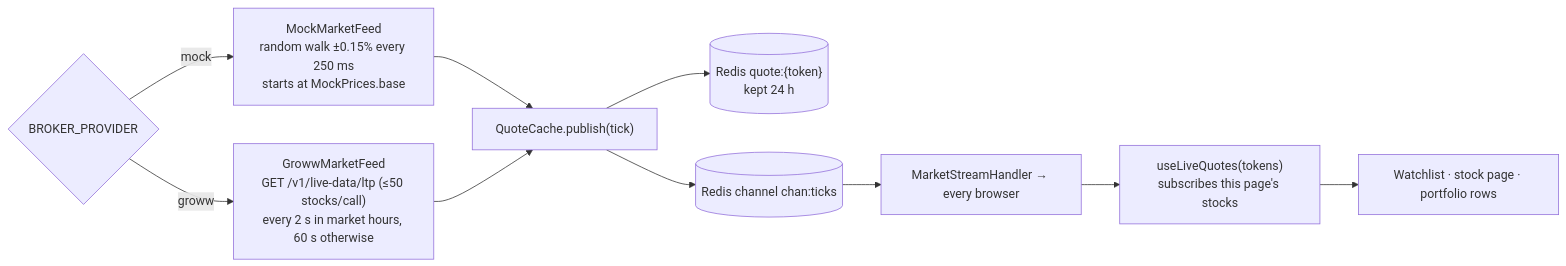
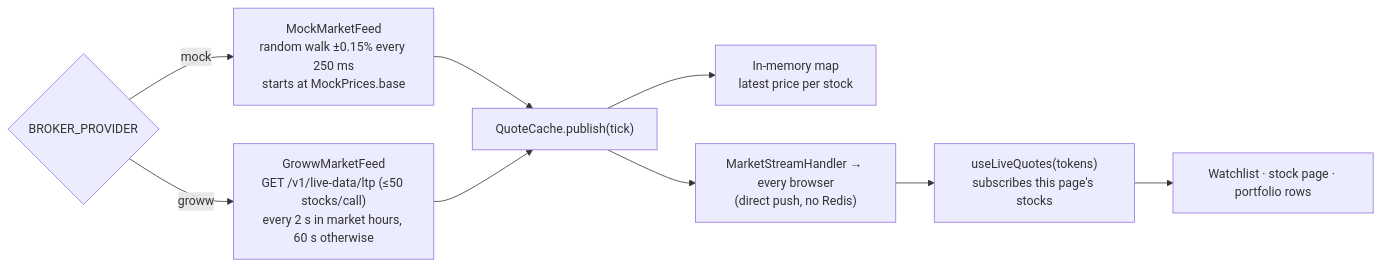
The third of 15 diagrams in docs/PROJECT_FLOW.md (letscodeshivansh/EaseTrading), drawn with Mermaid before and after one commit. The commit also changed other lines of this file and 1 other file, not shown here.

````diff
--- a/docs/PROJECT_FLOW.md
+++ b/docs/PROJECT_FLOW.md
@@ -229,13 +204,12 @@
 ```mermaid
 flowchart LR
     F{"BROKER_PROVIDER"}
     F -- mock --> MK["MockMarketFeed<br/>random walk ±0.15% every 250 ms<br/>starts at MockPrices.base"]
     F -- groww --> GW["GrowwMarketFeed<br/>GET /v1/live-data/ltp (≤50 stocks/call)<br/>every 2 s in market hours, 60 s otherwise"]
     MK --> QC["QuoteCache.publish(tick)"]
     GW --> QC
-    QC --> K[("Redis quote:{token}<br/>kept 24 h")]
-    QC --> CH[("Redis channel chan:ticks")]
-    CH --> WS["MarketStreamHandler → every browser"]
+    QC --> K["In-memory map<br/>latest price per stock"]
+    QC --> WS["MarketStreamHandler → every browser<br/>(direct push, no Redis)"]
     WS --> HK["useLiveQuotes(tokens)<br/>subscribes this page's stocks"]
     HK --> UI["Watchlist · stock page · portfolio rows"]
 ```
````
